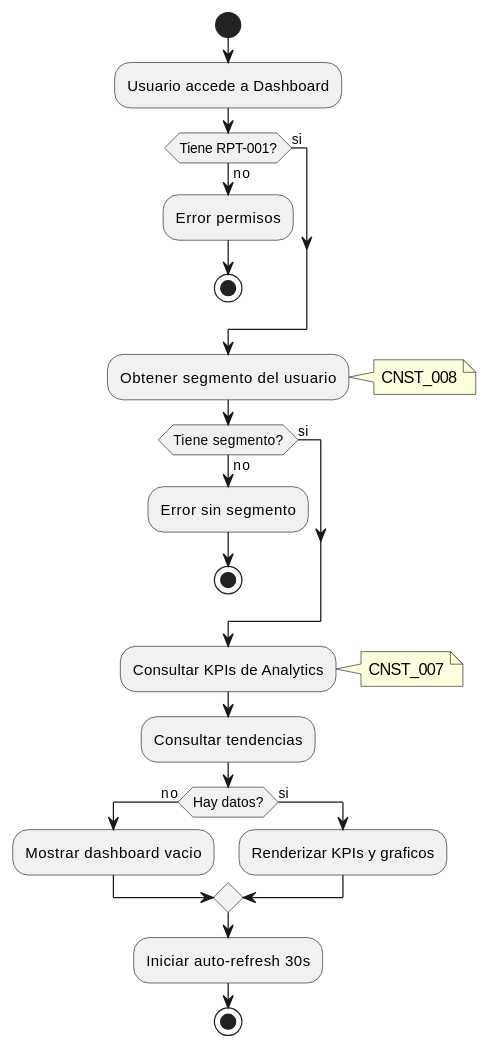
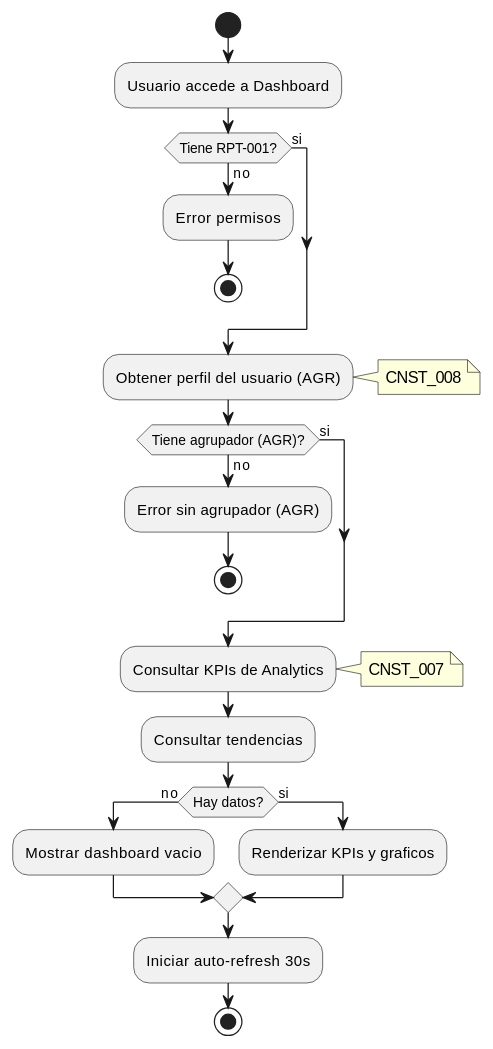
Before and after one commit to jcg-admin/IACT-docs: the third of 3 diagrams in source/requisitos/casos-uso/reports/uc-rpt-01-ver-dashboard.rst, drawn with PlantUML. The commit also changed other lines of this file and 14 other files, not shown here.

```diff
--- a/source/requisitos/casos-uso/reports/uc-rpt-01-ver-dashboard.rst
+++ b/source/requisitos/casos-uso/reports/uc-rpt-01-ver-dashboard.rst
@@ -288,37 +288,37 @@
 .. uml::
  :caption: Diagrama de Actividad - UC_RPT_01
 
  @startuml
  start
  :Usuario accede a Dashboard;
 
  if (Tiene RPT-001?) then (no)
  :Error permisos;
  stop
  else (si)
  endif
 
- :Obtener segmento del usuario;
+ :Obtener perfil del usuario (AGR);
  note right: CNST_008
 
- if (Tiene segmento?) then (no)
- :Error sin segmento;
+ if (Tiene agrupador (AGR)?) then (no)
+ :Error sin agrupador (AGR);
  stop
  else (si)
  endif
 
  :Consultar KPIs de Analytics;
  note right: CNST_007
 
  :Consultar tendencias;
 
  if (Hay datos?) then (no)
  :Mostrar dashboard vacio;
  else (si)
  :Renderizar KPIs y graficos;
  endif
 
  :Iniciar auto-refresh 30s;
 
  stop
  @enduml
```
